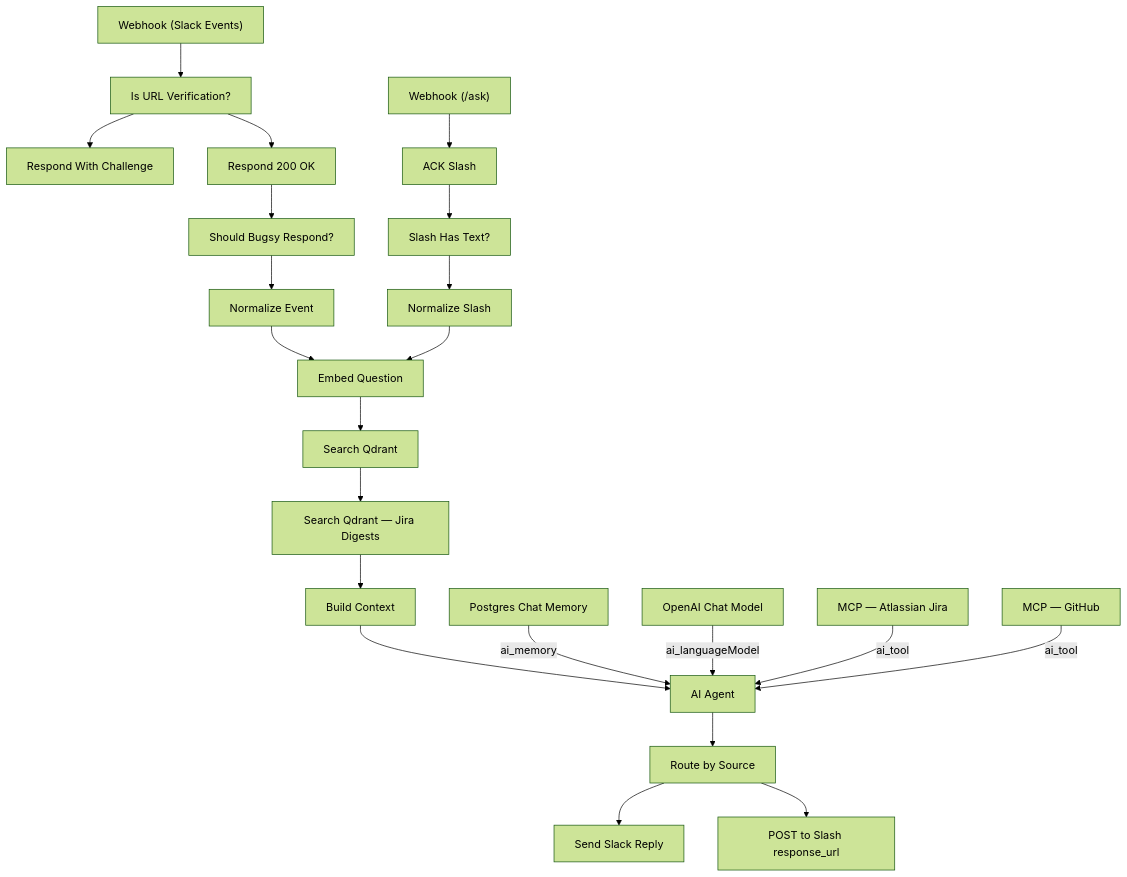
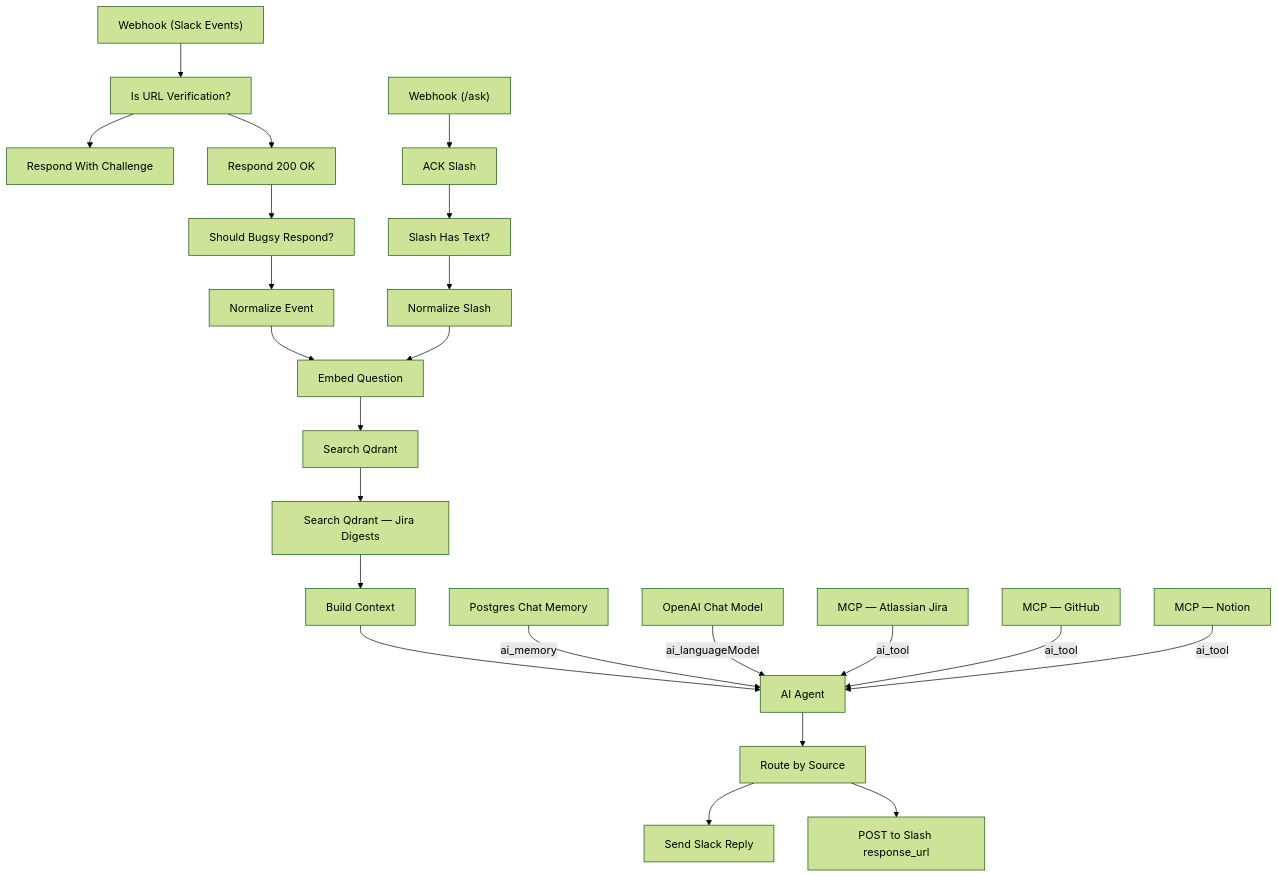
One commit to anthonycoffey/_agent changed the second of 2 diagrams in docs/workflows/bugsy-unified.md. Above: the diagram before and after it, drawn with Mermaid (forest theme). The commit also changed other lines of this file and 4 other files, not shown here.

````diff
--- a/docs/workflows/bugsy-unified.md
+++ b/docs/workflows/bugsy-unified.md
@@ -112,46 +112,48 @@
 ```mermaid
 flowchart TD
   webhook_slack_events["Webhook (Slack Events)"]
   is_url_verification["Is URL Verification?"]
   respond_with_challenge["Respond With Challenge"]
   respond_200_ok["Respond 200 OK"]
   should_bugsy_respond["Should Bugsy Respond?"]
   normalize_event["Normalize Event"]
   webhook_ask["Webhook (/ask)"]
   ack_slash["ACK Slash"]
   slash_has_text["Slash Has Text?"]
   normalize_slash["Normalize Slash"]
   embed_question["Embed Question"]
   search_qdrant["Search Qdrant"]
   search_qdrant_jira_digests["Search Qdrant — Jira Digests"]
   build_context["Build Context"]
   ai_agent["AI Agent"]
   postgres_chat_memory["Postgres Chat Memory"]
   openai_chat_model["OpenAI Chat Model"]
   mcp_atlassian_jira["MCP — Atlassian Jira"]
   mcp_github["MCP — GitHub"]
+  mcp_notion["MCP — Notion"]
   route_by_source["Route by Source"]
   send_slack_reply["Send Slack Reply"]
   post_to_slash_response_url["POST to Slash response_url"]
   webhook_slack_events --> is_url_verification
   is_url_verification --> respond_with_challenge
   is_url_verification --> respond_200_ok
   respond_200_ok --> should_bugsy_respond
   should_bugsy_respond --> normalize_event
   normalize_event --> embed_question
   webhook_ask --> ack_slash
   ack_slash --> slash_has_text
   slash_has_text --> normalize_slash
   normalize_slash --> embed_question
   embed_question --> search_qdrant
   search_qdrant --> search_qdrant_jira_digests
   search_qdrant_jira_digests --> build_context
   build_context --> ai_agent
   postgres_chat_memory -->|ai_memory| ai_agent
   openai_chat_model -->|ai_languageModel| ai_agent
   mcp_atlassian_jira -->|ai_tool| ai_agent
   mcp_github -->|ai_tool| ai_agent
+  mcp_notion -->|ai_tool| ai_agent
   ai_agent --> route_by_source
   route_by_source --> send_slack_reply
   route_by_source --> post_to_slash_response_url
 ```
````
